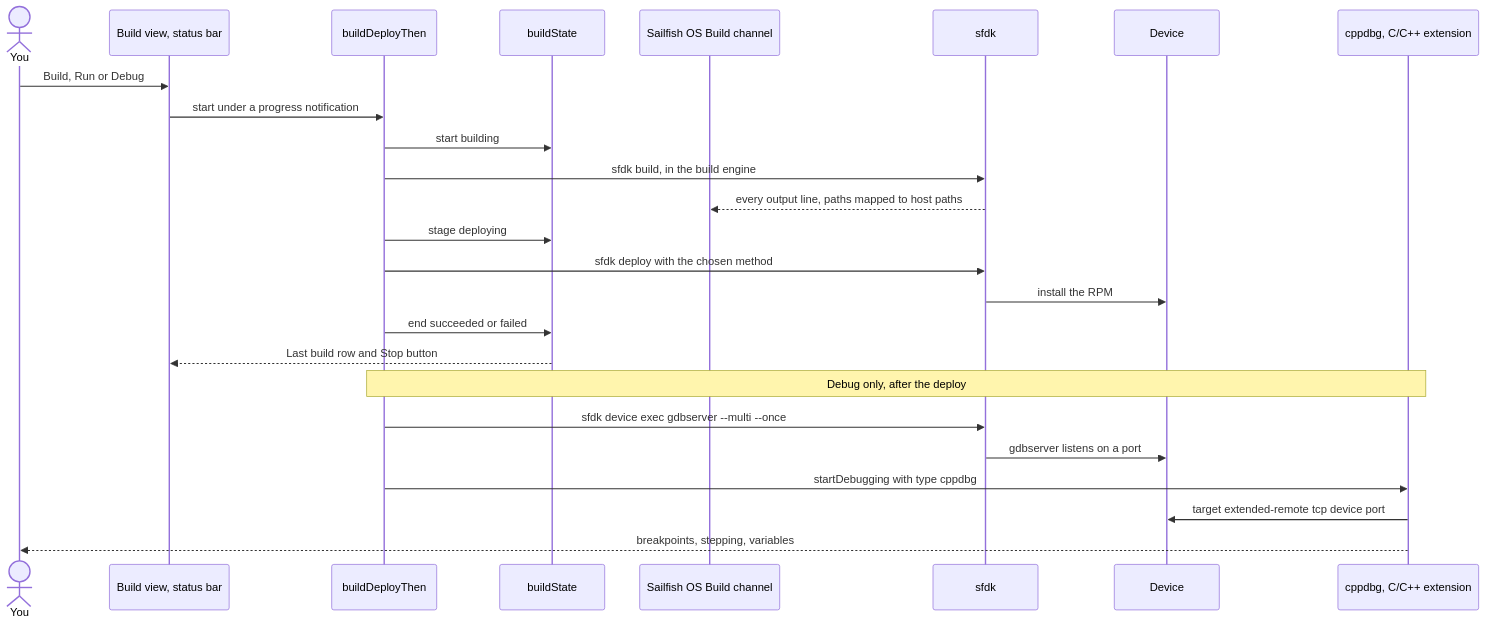
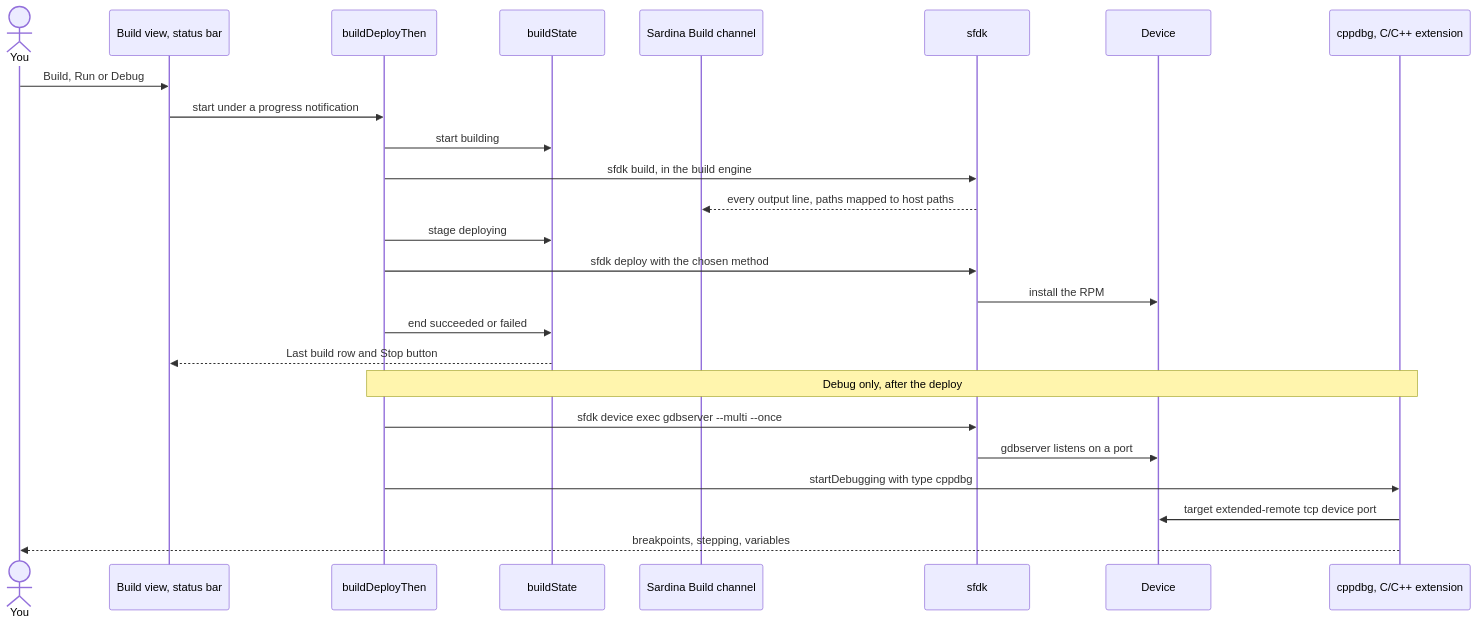
The second of 4 diagrams in docs/architecture.md (minhdangphuoc/sardina), drawn with Mermaid before and after one commit. The commit also changed other lines of this file and 127 other files, not shown here.

````diff
--- a/docs/architecture.md
+++ b/docs/architecture.md
@@ -65,27 +65,27 @@
 ```mermaid
 sequenceDiagram
   actor U as You
   participant UI as Build view, status bar
   participant BD as buildDeployThen
   participant ST as buildState
-  participant LOG as Sailfish OS Build channel
+  participant LOG as Sardina Build channel
   participant SF as sfdk
   participant DEV as Device
   participant DBG as cppdbg, C/C++ extension
   U->>UI: Build, Run or Debug
   UI->>BD: start under a progress notification
   BD->>ST: start building
   BD->>SF: sfdk build, in the build engine
   SF-->>LOG: every output line, paths mapped to host paths
   BD->>ST: stage deploying
   BD->>SF: sfdk deploy with the chosen method
   SF->>DEV: install the RPM
   BD->>ST: end succeeded or failed
   ST-->>UI: Last build row and Stop button
   Note over BD,DBG: Debug only, after the deploy
   BD->>SF: sfdk device exec gdbserver --multi --once
   SF->>DEV: gdbserver listens on a port
   BD->>DBG: startDebugging with type cppdbg
   DBG->>DEV: target extended-remote tcp device port
   DBG-->>U: breakpoints, stepping, variables
 ```
````
